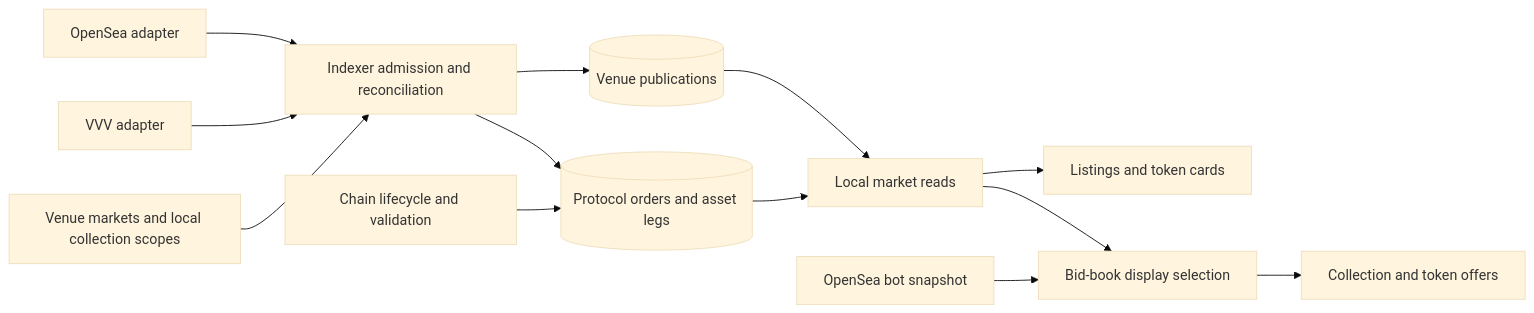
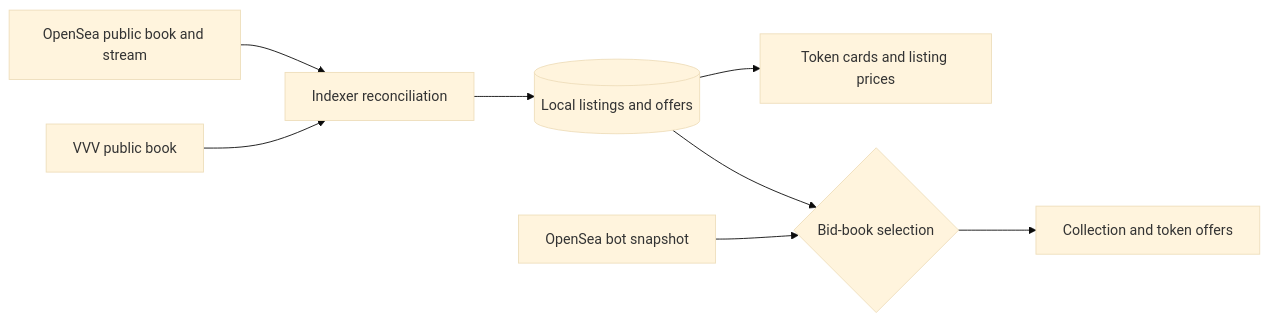
The diagram in docs/indexer/21-multiple-orderbooks.md (d347h-eth/artgod), drawn with Mermaid (base theme) before and after one commit. The commit also changed other lines of this file and 2 other files, not shown here.

Commit message:
docs(indexer): reconcile all marketplaces into one local orderbook

````diff
--- a/docs/indexer/21-multiple-orderbooks.md
+++ b/docs/indexer/21-multiple-orderbooks.md
@@ -22,15 +15,10 @@
 ```mermaid
 flowchart LR
-    OpenSea[OpenSea adapter] --> Ingest[Indexer admission and reconciliation]
-    VVV[VVV adapter] --> Ingest
-    Registry[Venue markets and local collection scopes] --> Ingest
-    Ingest --> Publications[(Venue publications)]
-    Ingest --> Orders[(Protocol orders and asset legs)]
-    Chain[Chain lifecycle and validation] --> Orders
-    Publications --> Passive[Local market reads]
-    Orders --> Passive
-    Passive --> Asks[Listings and token cards]
-    Passive --> Select[Bid-book display selection]
+    OS[OpenSea public book and stream] --> Sync[Indexer reconciliation]
+    VVV[VVV public book] --> Sync
+    Sync --> Local[(Local listings and offers)]
+    Local --> Listings[Token cards and listing prices]
+    Local --> Select{Bid-book selection}
     Bot[OpenSea bot snapshot] --> Select
     Select --> Offers[Collection and token offers]
 ```
````
